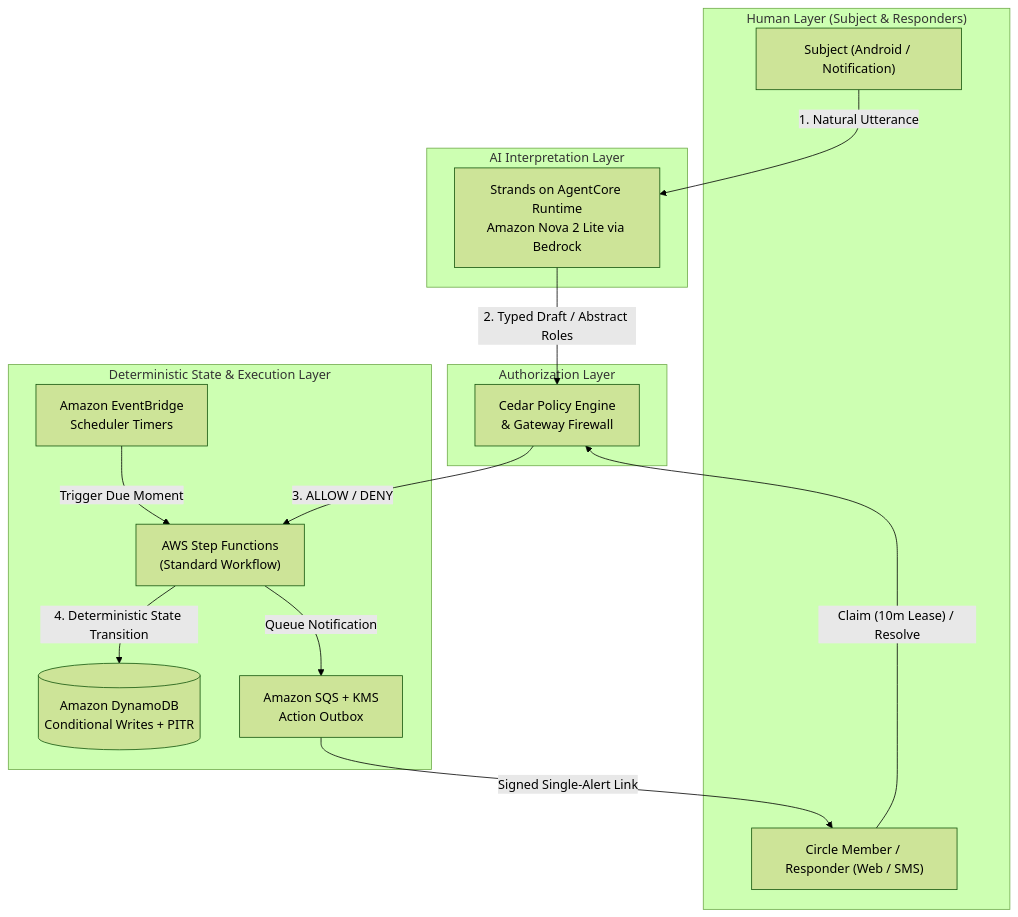
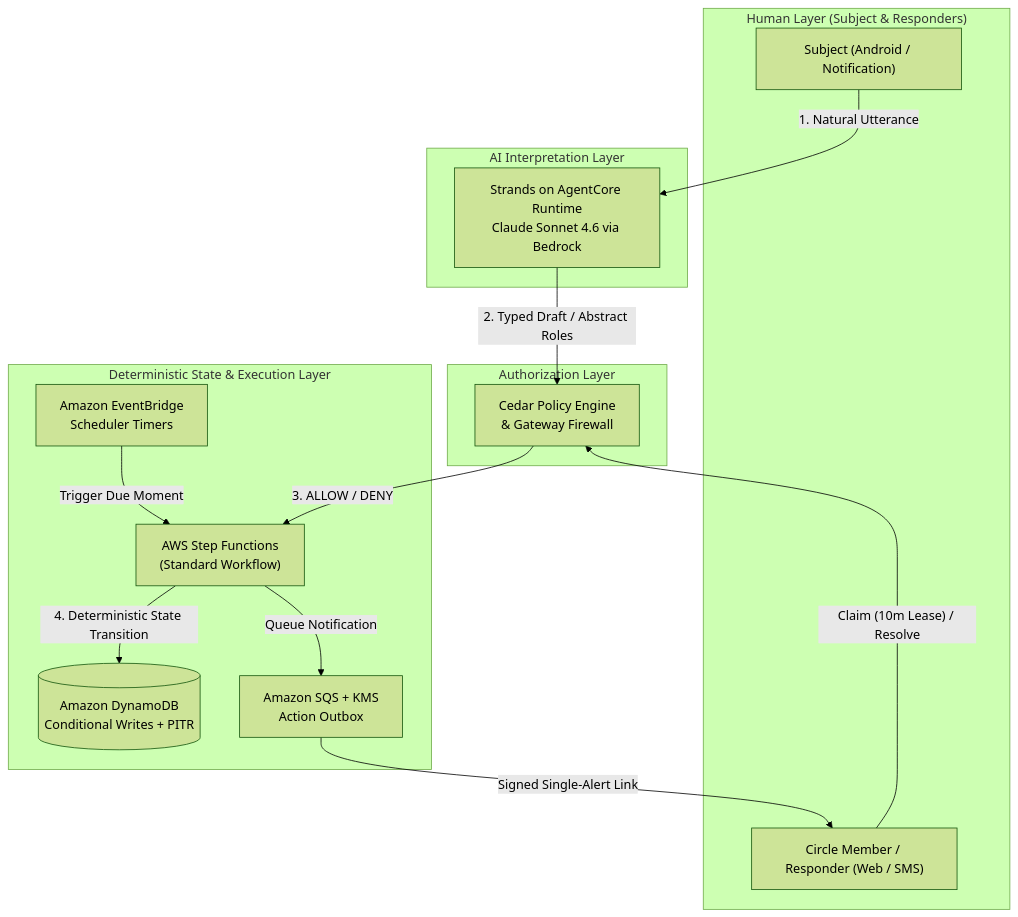
One commit to AmirmLotfy/incaseof changed the first of 2 diagrams in README.md. Above: the diagram before and after it, drawn with Mermaid (forest theme). The commit also changed other lines of this file and 22 other files, not shown here.

Commit message:
Lock Claude Sonnet 4.6 across the submission

````diff
--- a/README.md
+++ b/README.md
@@ -113,31 +113,31 @@
 ```mermaid
 flowchart TD
     subgraph Human["Human Layer (Subject & Responders)"]
         User["Subject (Android / Notification)"]
         Resp["Circle Member / Responder (Web / SMS)"]
     end
 
     subgraph Interpret["AI Interpretation Layer"]
-        AgentCore["Strands on AgentCore Runtime<br/>Amazon Nova 2 Lite via Bedrock"]
+        AgentCore["Strands on AgentCore Runtime<br/>Claude Sonnet 4.6 via Bedrock"]
     end
 
     subgraph Auth["Authorization Layer"]
         Cedar["Cedar Policy Engine<br/>& Gateway Firewall"]
     end
 
     subgraph State["Deterministic State & Execution Layer"]
         SFN["AWS Step Functions<br/>(Standard Workflow)"]
         DDB[("Amazon DynamoDB<br/>Conditional Writes + PITR")]
         EB["Amazon EventBridge<br/>Scheduler Timers"]
         SQS["Amazon SQS + KMS<br/>Action Outbox"]
     end
 
     User -->|"1. Natural Utterance"| AgentCore
     AgentCore -->|"2. Typed Draft / Abstract Roles"| Cedar
     Cedar -->|"3. ALLOW / DENY"| SFN
     SFN -->|"4. Deterministic State Transition"| DDB
     EB -->|"Trigger Due Moment"| SFN
     SFN -->|"Queue Notification"| SQS
     SQS -->|"Signed Single-Alert Link"| Resp
     Resp -->|"Claim (10m Lease) / Resolve"| Cedar
 ```
````
